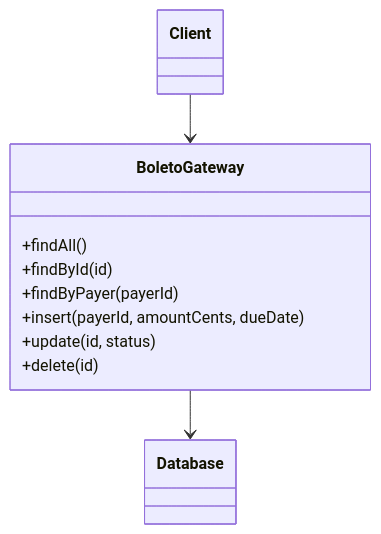
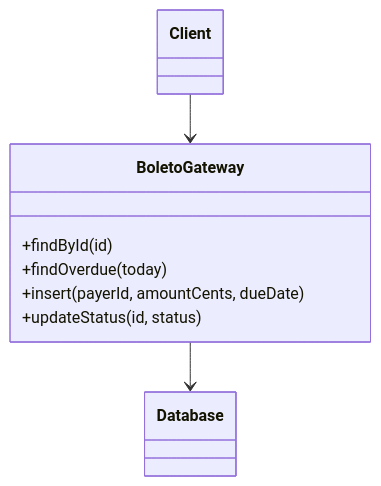
Before and after one commit to alancesar/design-patterns: the diagram in docs/design/poeaa/data-source-architectural/table-data-gateway.md, drawn with Mermaid. The commit also changed other lines of this file and 28 other files, not shown here.

Commit message:
Fix PoEAA review findings: gateway example bug, diagrams aligned with code

````diff
--- a/docs/design/poeaa/data-source-architectural/table-data-gateway.md
+++ b/docs/design/poeaa/data-source-architectural/table-data-gateway.md
@@ -57,15 +57,13 @@
 ```mermaid
 classDiagram
     class Client
     class BoletoGateway {
-        +findAll()
         +findById(id)
-        +findByPayer(payerId)
+        +findOverdue(today)
         +insert(payerId, amountCents, dueDate)
-        +update(id, status)
-        +delete(id)
+        +updateStatus(id, status)
     }
     class Database
     Client --> BoletoGateway
     BoletoGateway --> Database
 ```
````
